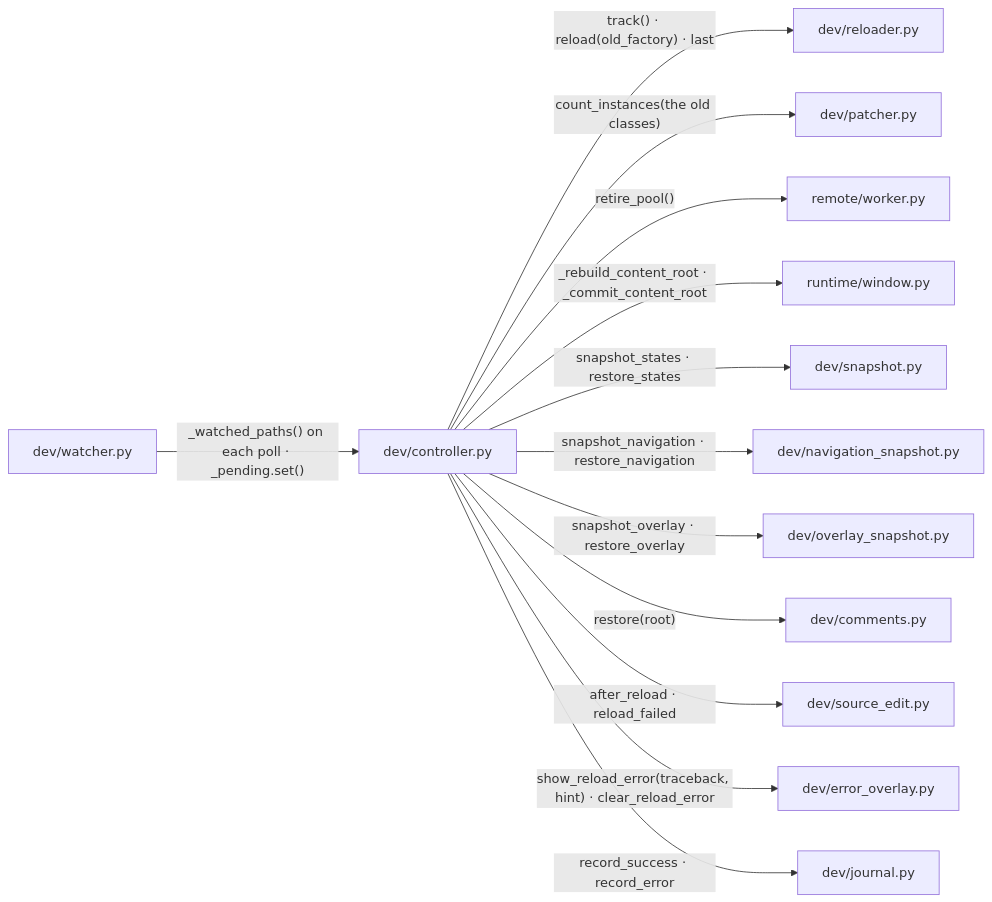
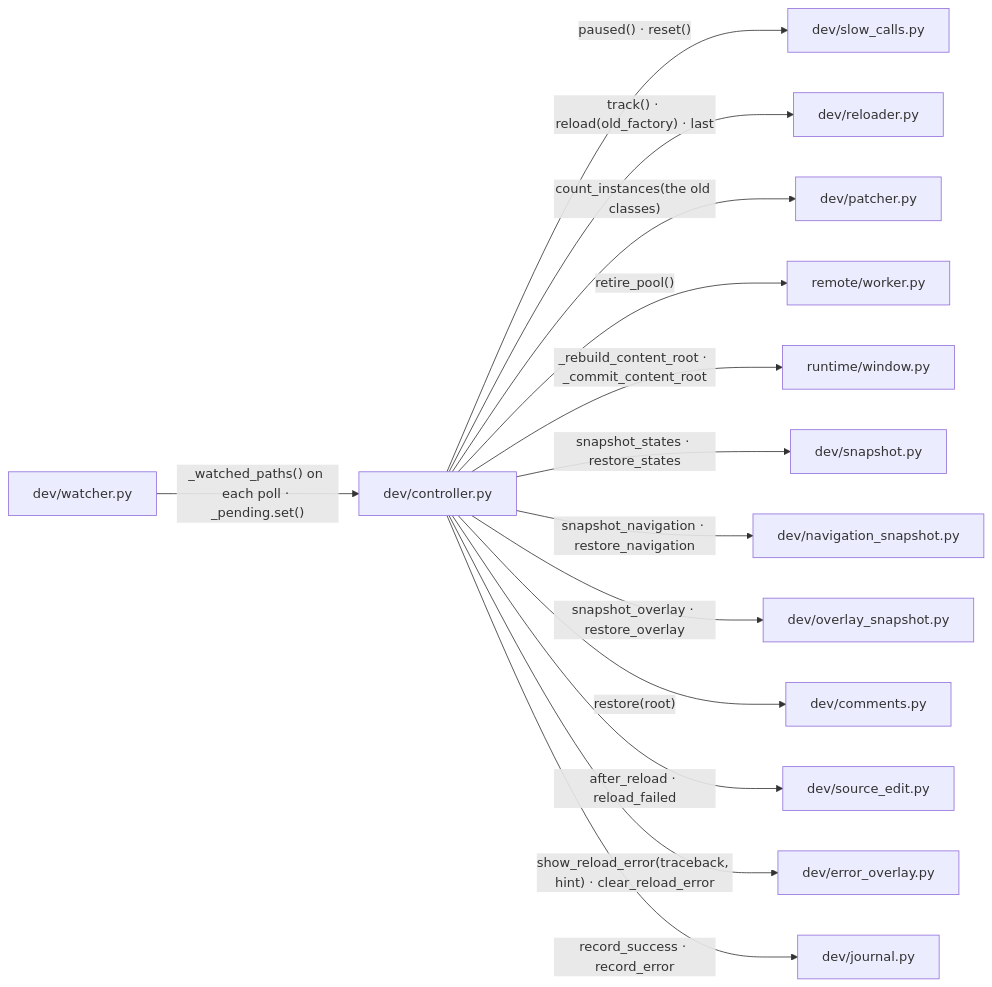
The fourth of 9 diagrams in docs/design/HOT_RELOAD.md (yuksblog/nuiitivet), drawn with Mermaid before and after one commit. The commit also changed other lines of this file and 18 other files, not shown here.

First line of the commit message:
feat(dev): report slow app code on the UI thread

````diff
--- a/docs/design/HOT_RELOAD.md
+++ b/docs/design/HOT_RELOAD.md
@@ -120,29 +120,31 @@
 ```mermaid
 flowchart LR
     watcher[dev/watcher.py]
     ctrl[dev/controller.py]
     reloader[dev/reloader.py]
     patcher[dev/patcher.py]
     pool[remote/worker.py]
     window[runtime/window.py]
     error[dev/error_overlay.py]
     journal[dev/journal.py]
     snap[dev/snapshot.py]
     navsnap[dev/navigation_snapshot.py]
     ovsnap[dev/overlay_snapshot.py]
     comments[dev/comments.py]
     edits[dev/source_edit.py]
+    slow[dev/slow_calls.py]
 
     watcher -- "_watched_paths() on each poll · _pending.set()" --> ctrl
+    ctrl -- "paused() · reset()" --> slow
     ctrl -- "track() · reload(old_factory) · last" --> reloader
     ctrl -- "count_instances(the old classes)" --> patcher
     ctrl -- "retire_pool()" --> pool
     ctrl -- "_rebuild_content_root · _commit_content_root" --> window
     ctrl -- "snapshot_states · restore_states" --> snap
     ctrl -- "snapshot_navigation · restore_navigation" --> navsnap
     ctrl -- "snapshot_overlay · restore_overlay" --> ovsnap
     ctrl -- "restore(root)" --> comments
     ctrl -- "after_reload · reload_failed" --> edits
     ctrl -- "show_reload_error(traceback, hint) · clear_reload_error" --> error
     ctrl -- "record_success · record_error" --> journal
 ```
````
